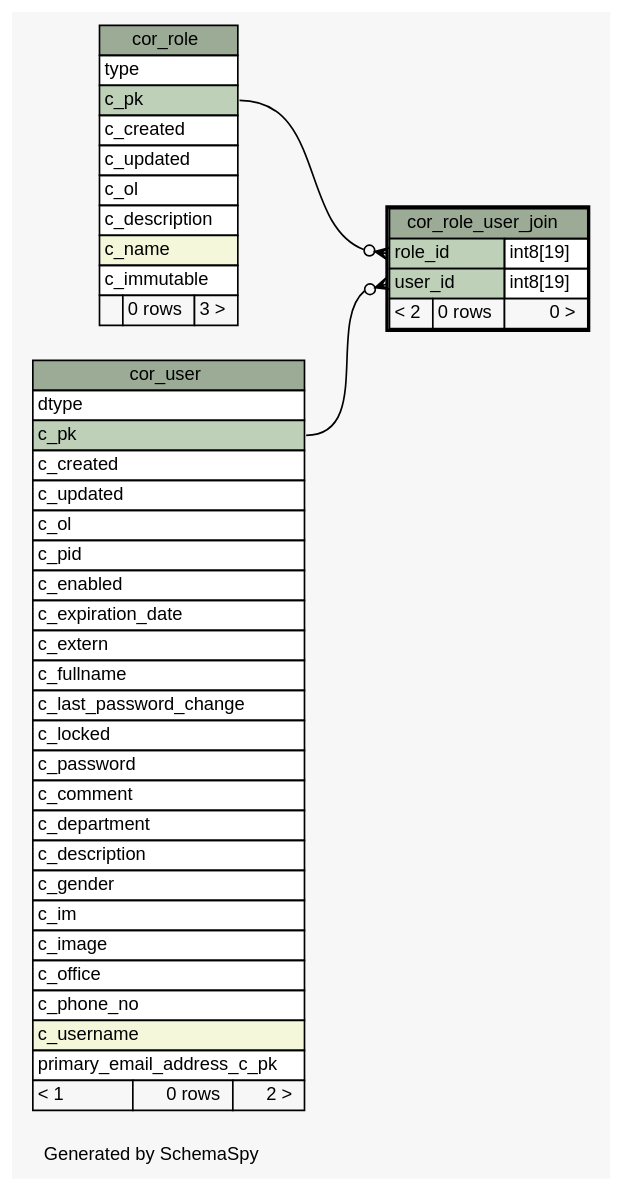
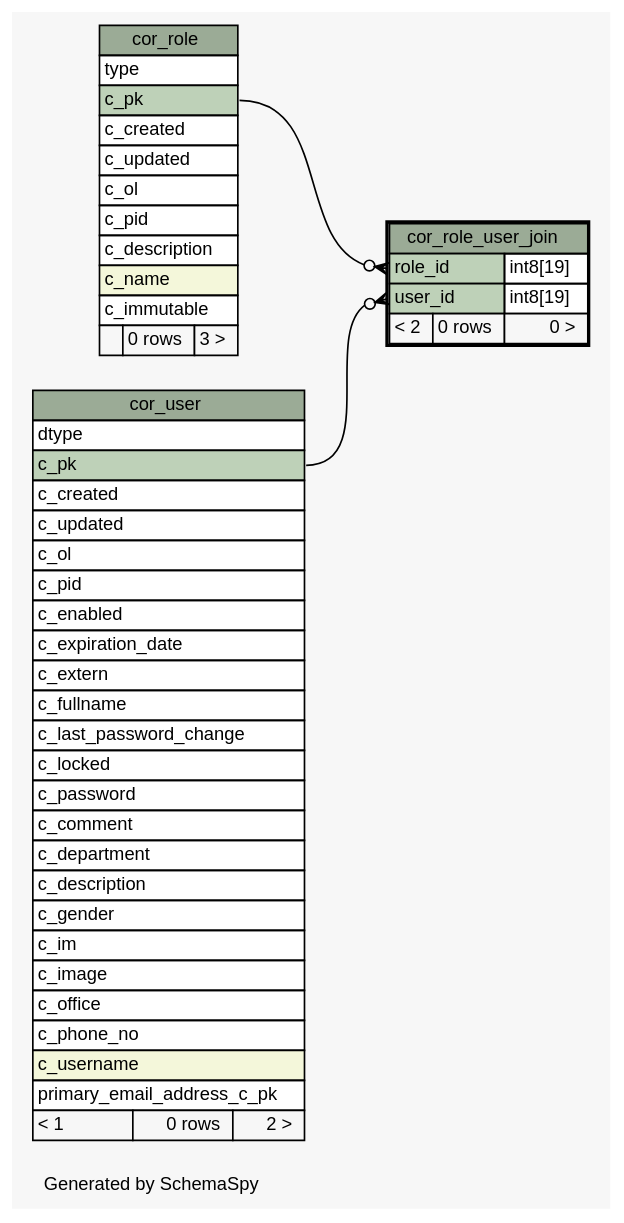
Before and after one commit to openwms/org.openwms.core.uaa: the diagram in schemaspy/diagrams/cor_role_user_join.1degree.dot, drawn with Graphviz. The commit also changed 393 other files, not shown here.

```diff
--- a/schemaspy/diagrams/cor_role_user_join.1degree.dot
+++ b/schemaspy/diagrams/cor_role_user_join.1degree.dot
@@ -1,84 +1,85 @@
 // dot 2.38.0 on Linux 4.15.0-1055-gcp
 // SchemaSpy rev Unknown
 digraph "oneDegreeRelationshipsDiagram" {
   graph [
     rankdir="RL"
     bgcolor="#f7f7f7"
     label="\nGenerated by SchemaSpy"
     labeljust="l"
     nodesep="0.18"
     ranksep="0.46"
     fontname="Helvetica"
     fontsize="11"
   ];
   node [
     fontname="Helvetica"
     fontsize="11"
     shape="plaintext"
   ];
   edge [
     arrowsize="0.8"
   ];
   "cor_role_user_join":"role_id":w -> "cor_role":"c_pk":e [arrowhead=none dir=back arrowtail=crowodot];
   "cor_role_user_join":"user_id":w -> "cor_user":"c_pk":e [arrowhead=none dir=back arrowtail=crowodot];
   "cor_role" [
     label=<
     <TABLE BORDER="0" CELLBORDER="1" CELLSPACING="0" BGCOLOR="#ffffff">
       <TR><TD COLSPAN="3" BGCOLOR="#9bab96" ALIGN="CENTER">cor_role</TD></TR>
       <TR><TD PORT="type" COLSPAN="3" ALIGN="LEFT">type</TD></TR>
       <TR><TD PORT="c_pk" COLSPAN="3" BGCOLOR="#bed1b8" ALIGN="LEFT">c_pk</TD></TR>
       <TR><TD PORT="c_created" COLSPAN="3" ALIGN="LEFT">c_created</TD></TR>
       <TR><TD PORT="c_updated" COLSPAN="3" ALIGN="LEFT">c_updated</TD></TR>
       <TR><TD PORT="c_ol" COLSPAN="3" ALIGN="LEFT">c_ol</TD></TR>
+      <TR><TD PORT="c_pid" COLSPAN="3" ALIGN="LEFT">c_pid</TD></TR>
       <TR><TD PORT="c_description" COLSPAN="3" ALIGN="LEFT">c_description</TD></TR>
       <TR><TD PORT="c_name" COLSPAN="3" BGCOLOR="#f4f7da" ALIGN="LEFT">c_name</TD></TR>
       <TR><TD PORT="c_immutable" COLSPAN="3" ALIGN="LEFT">c_immutable</TD></TR>
       <TR><TD ALIGN="LEFT" BGCOLOR="#f7f7f7">  </TD><TD ALIGN="RIGHT" BGCOLOR="#f7f7f7">0 rows</TD><TD ALIGN="RIGHT" BGCOLOR="#f7f7f7">3 &gt;</TD></TR>
     </TABLE>>
     URL="cor_role.html"
     tooltip="cor_role"
   ];
   "cor_role_user_join" [
     label=<
     <TABLE BORDER="2" CELLBORDER="1" CELLSPACING="0" BGCOLOR="#ffffff">
       <TR><TD COLSPAN="3" BGCOLOR="#9bab96" ALIGN="CENTER">cor_role_user_join</TD></TR>
       <TR><TD PORT="role_id" COLSPAN="2" BGCOLOR="#bed1b8" ALIGN="LEFT">role_id</TD><TD PORT="role_id.type" ALIGN="LEFT">int8[19]</TD></TR>
       <TR><TD PORT="user_id" COLSPAN="2" BGCOLOR="#bed1b8" ALIGN="LEFT">user_id</TD><TD PORT="user_id.type" ALIGN="LEFT">int8[19]</TD></TR>
       <TR><TD ALIGN="LEFT" BGCOLOR="#f7f7f7">&lt; 2</TD><TD ALIGN="RIGHT" BGCOLOR="#f7f7f7">0 rows</TD><TD ALIGN="RIGHT" BGCOLOR="#f7f7f7">0 &gt;</TD></TR>
     </TABLE>>
     URL="cor_role_user_join.html"
     tooltip="cor_role_user_join"
   ];
   "cor_user" [
     label=<
     <TABLE BORDER="0" CELLBORDER="1" CELLSPACING="0" BGCOLOR="#ffffff">
       <TR><TD COLSPAN="3" BGCOLOR="#9bab96" ALIGN="CENTER">cor_user</TD></TR>
       <TR><TD PORT="dtype" COLSPAN="3" ALIGN="LEFT">dtype</TD></TR>
       <TR><TD PORT="c_pk" COLSPAN="3" BGCOLOR="#bed1b8" ALIGN="LEFT">c_pk</TD></TR>
       <TR><TD PORT="c_created" COLSPAN="3" ALIGN="LEFT">c_created</TD></TR>
       <TR><TD PORT="c_updated" COLSPAN="3" ALIGN="LEFT">c_updated</TD></TR>
       <TR><TD PORT="c_ol" COLSPAN="3" ALIGN="LEFT">c_ol</TD></TR>
       <TR><TD PORT="c_pid" COLSPAN="3" ALIGN="LEFT">c_pid</TD></TR>
       <TR><TD PORT="c_enabled" COLSPAN="3" ALIGN="LEFT">c_enabled</TD></TR>
       <TR><TD PORT="c_expiration_date" COLSPAN="3" ALIGN="LEFT">c_expiration_date</TD></TR>
       <TR><TD PORT="c_extern" COLSPAN="3" ALIGN="LEFT">c_extern</TD></TR>
       <TR><TD PORT="c_fullname" COLSPAN="3" ALIGN="LEFT">c_fullname</TD></TR>
       <TR><TD PORT="c_last_password_change" COLSPAN="3" ALIGN="LEFT">c_last_password_change</TD></TR>
       <TR><TD PORT="c_locked" COLSPAN="3" ALIGN="LEFT">c_locked</TD></TR>
       <TR><TD PORT="c_password" COLSPAN="3" ALIGN="LEFT">c_password</TD></TR>
       <TR><TD PORT="c_comment" COLSPAN="3" ALIGN="LEFT">c_comment</TD></TR>
       <TR><TD PORT="c_department" COLSPAN="3" ALIGN="LEFT">c_department</TD></TR>
       <TR><TD PORT="c_description" COLSPAN="3" ALIGN="LEFT">c_description</TD></TR>
       <TR><TD PORT="c_gender" COLSPAN="3" ALIGN="LEFT">c_gender</TD></TR>
       <TR><TD PORT="c_im" COLSPAN="3" ALIGN="LEFT">c_im</TD></TR>
       <TR><TD PORT="c_image" COLSPAN="3" ALIGN="LEFT">c_image</TD></TR>
       <TR><TD PORT="c_office" COLSPAN="3" ALIGN="LEFT">c_office</TD></TR>
       <TR><TD PORT="c_phone_no" COLSPAN="3" ALIGN="LEFT">c_phone_no</TD></TR>
       <TR><TD PORT="c_username" COLSPAN="3" BGCOLOR="#f4f7da" ALIGN="LEFT">c_username</TD></TR>
       <TR><TD PORT="primary_email_address_c_pk" COLSPAN="3" ALIGN="LEFT">primary_email_address_c_pk</TD></TR>
       <TR><TD ALIGN="LEFT" BGCOLOR="#f7f7f7">&lt; 1</TD><TD ALIGN="RIGHT" BGCOLOR="#f7f7f7">0 rows</TD><TD ALIGN="RIGHT" BGCOLOR="#f7f7f7">2 &gt;</TD></TR>
     </TABLE>>
     URL="cor_user.html"
     tooltip="cor_user"
   ];
 }
```
